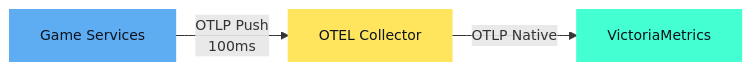
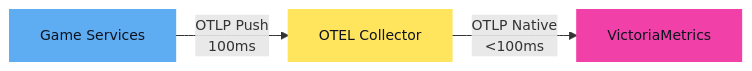
Before and after one commit to WatchMeJoustMyFlags/kubecon-material: the sixth of 7 diagrams in cloud-native-linz-presentation/slides.md, drawn with Mermaid. The commit also changed other lines of this file, not shown here.

````diff
--- a/cloud-native-linz-presentation/slides.md
+++ b/cloud-native-linz-presentation/slides.md
@@ -529,10 +529,10 @@
 ```mermaid {scale:1}
 %%{init: {'themeVariables': {'fontSize': '14px'}, 'flowchart': {'nodeSpacing': 30, 'rankSpacing': 40}}}%%
 graph LR
     Services[Game Services] -->|OTLP Push<br/>100ms| Collector[OTEL Collector]
-    Collector -->|OTLP Native| VM[VictoriaMetrics]
+    Collector -->|OTLP Native<br/><100ms| VM[VictoriaMetrics]
 
     style Services fill:#5eadf2,stroke:#5eadf2,stroke-width:2px,color:#0e131f
     style Collector fill:#ffe45e,stroke:#ffe45e,stroke-width:2px,color:#0e131f
-    style VM fill:#44ffd2,stroke:#44ffd2,stroke-width:2px,color:#0e131f
+    style VM fill:#f141a8,stroke:#f141a8,stroke-width:2px,color:#0e131f
 ```
````
